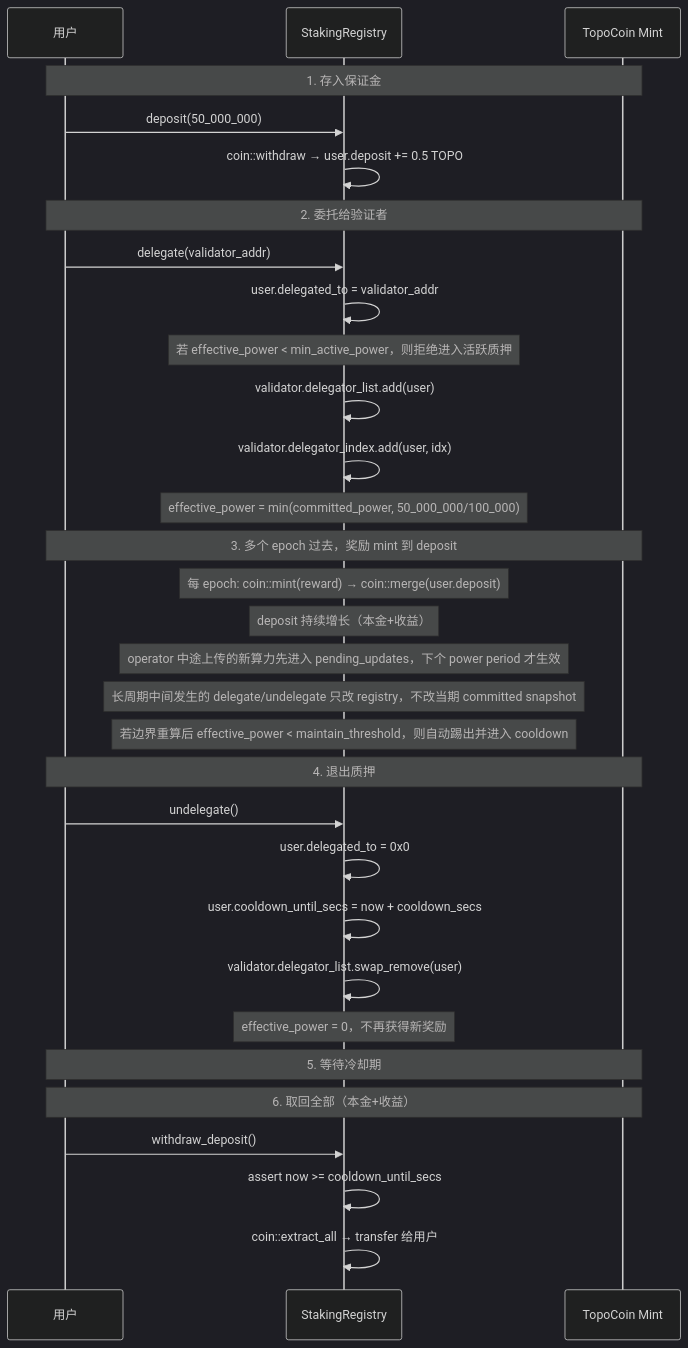
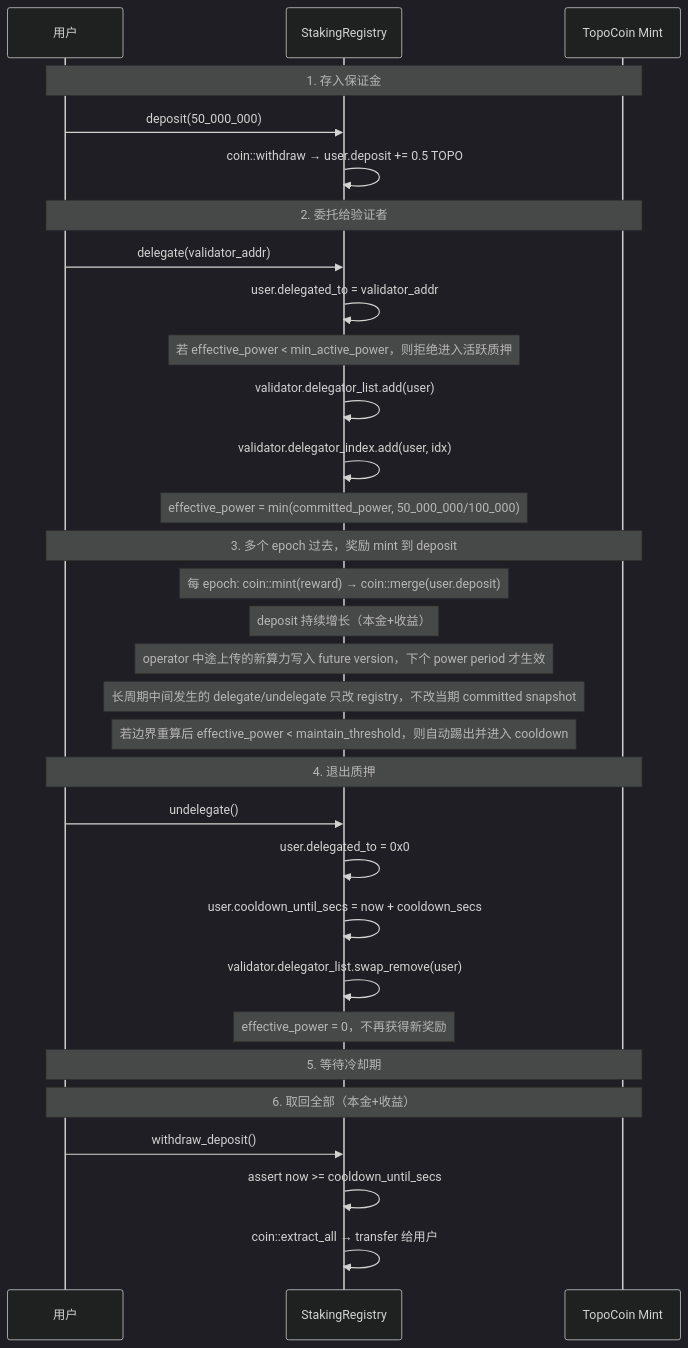
Before and after one commit to tuminfei/aptos-core: the fourth of 6 diagrams in aptos-move/framework/aptos-framework/sources/poc_doc/08-architecture-diagrams.md, drawn with Mermaid (dark theme). The commit also changed other lines of this file and 23 other files, not shown here.

````diff
--- a/aptos-move/framework/aptos-framework/sources/poc_doc/08-architecture-diagrams.md
+++ b/aptos-move/framework/aptos-framework/sources/poc_doc/08-architecture-diagrams.md
@@ -117,39 +117,39 @@
 ```mermaid
 sequenceDiagram
     participant U as 用户
     participant SR as StakingRegistry
     participant Mint as TopoCoin Mint
 
     Note over U,Mint: 1. 存入保证金
     U->>SR: deposit(50_000_000)
     SR->>SR: coin::withdraw → user.deposit += 0.5 TOPO
 
     Note over U,Mint: 2. 委托给验证者
     U->>SR: delegate(validator_addr)
     SR->>SR: user.delegated_to = validator_addr
     Note over SR: 若 effective_power < min_active_power，则拒绝进入活跃质押
     SR->>SR: validator.delegator_list.add(user)
     SR->>SR: validator.delegator_index.add(user, idx)
     Note over SR: effective_power = min(committed_power, 50_000_000/100_000)
 
     Note over U,Mint: 3. 多个 epoch 过去，奖励 mint 到 deposit
     Note over SR: 每 epoch: coin::mint(reward) → coin::merge(user.deposit)
     Note over SR: deposit 持续增长（本金+收益）
-    Note over SR: operator 中途上传的新算力先进入 pending_updates，下个 power period 才生效
+    Note over SR: operator 中途上传的新算力写入 future version，下个 power period 才生效
     Note over SR: 长周期中间发生的 delegate/undelegate 只改 registry，不改当期 committed snapshot
     Note over SR: 若边界重算后 effective_power < maintain_threshold，则自动踢出并进入 cooldown
 
     Note over U,Mint: 4. 退出质押
     U->>SR: undelegate()
     SR->>SR: user.delegated_to = 0x0
     SR->>SR: user.cooldown_until_secs = now + cooldown_secs
     SR->>SR: validator.delegator_list.swap_remove(user)
     Note over SR: effective_power = 0，不再获得新奖励
 
     Note over U,Mint: 5. 等待冷却期
 
     Note over U,Mint: 6. 取回全部（本金+收益）
     U->>SR: withdraw_deposit()
     SR->>SR: assert now >= cooldown_until_secs
     SR->>SR: coin::extract_all → transfer 给用户
 ```
````
